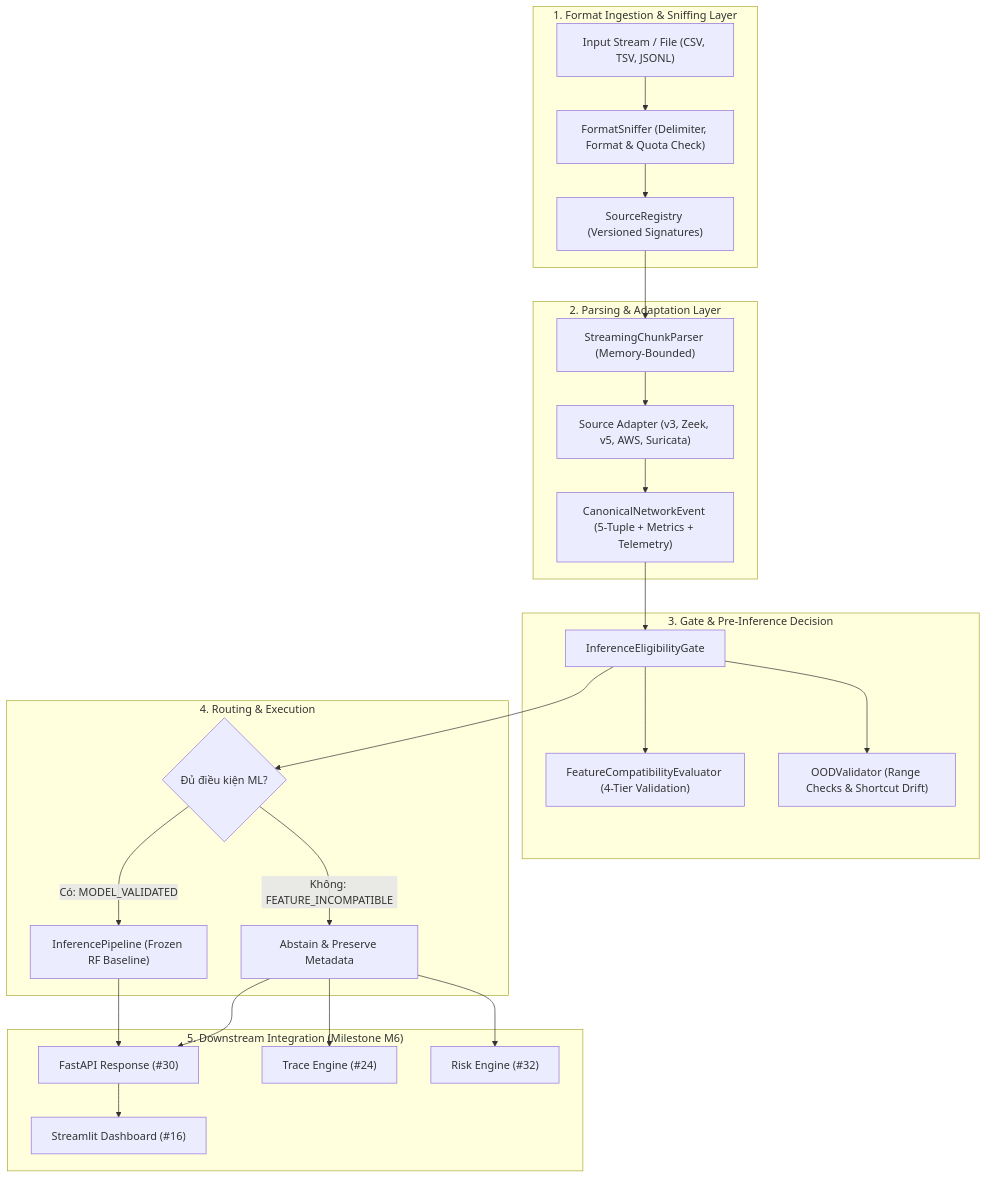
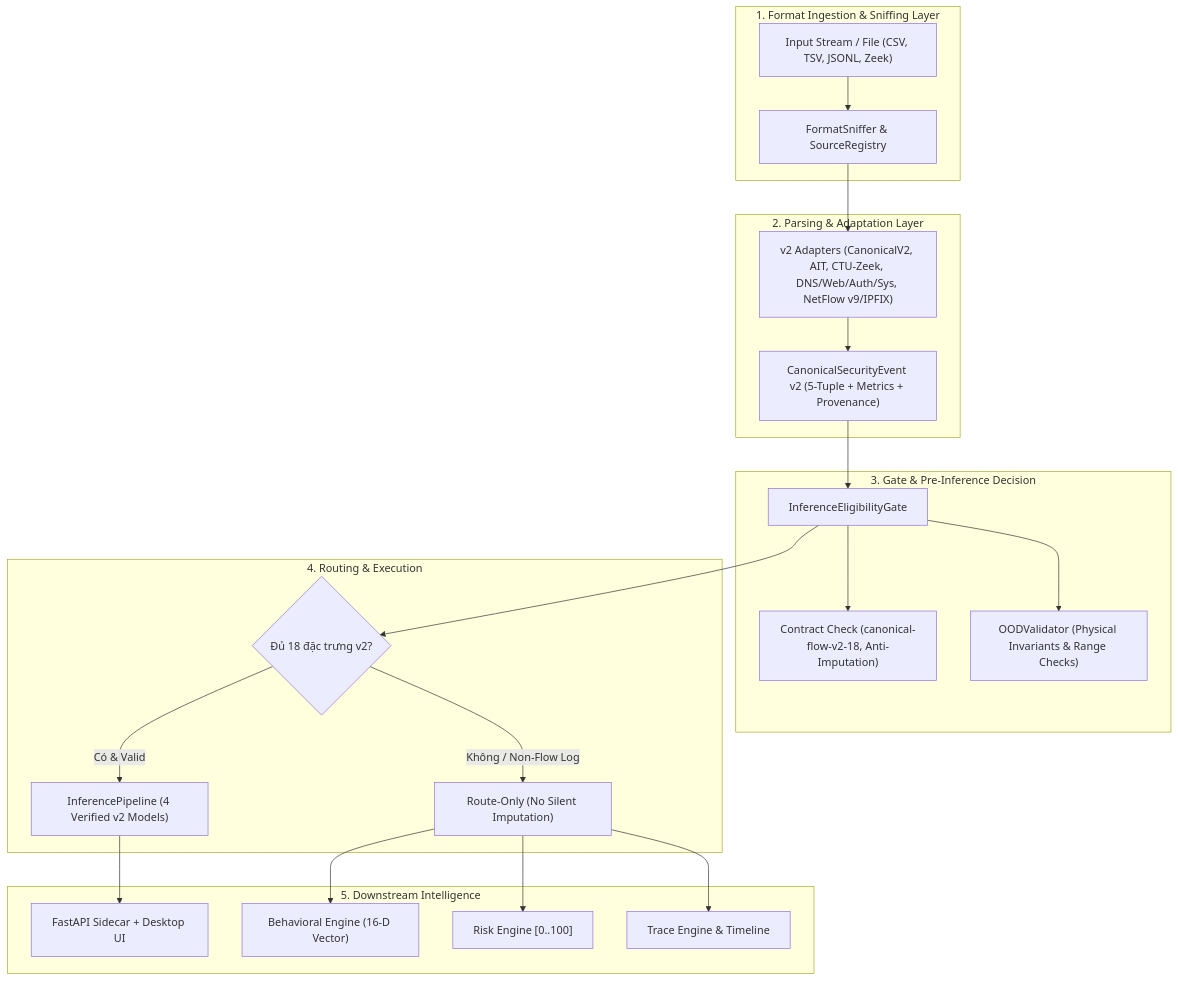
The diagram in docs/MULTI_SOURCE_INGESTION.md (doctor-cato/AI-NETWORK-ANOMALY-DETECTION-TRACEABILITY-MAIN), drawn with Mermaid before and after one commit. The commit also changed other lines of this file and 382 other files, not shown here.

````diff
--- a/docs/MULTI_SOURCE_INGESTION.md
+++ b/docs/MULTI_SOURCE_INGESTION.md
@@ -11,33 +11,30 @@
 ```mermaid
 flowchart TD
     subgraph Layer1 ["1. Format Ingestion & Sniffing Layer"]
-        Input["Input Stream / File (CSV, TSV, JSONL)"] --> Sniffer["FormatSniffer (Delimiter, Format & Quota Check)"]
-        Sniffer --> Registry["SourceRegistry (Versioned Signatures)"]
+        Input["Input Stream / File (CSV, TSV, JSONL, Zeek)"] --> Sniffer["FormatSniffer & SourceRegistry"]
     end
 
     subgraph Layer2 ["2. Parsing & Adaptation Layer"]
-        Registry --> Parser["StreamingChunkParser (Memory-Bounded)"]
-        Parser --> Adapter["Source Adapter (v3, Zeek, v5, AWS, Suricata)"]
-        Adapter --> Canonical["CanonicalNetworkEvent (5-Tuple + Metrics + Telemetry)"]
+        Sniffer --> Adapter["v2 Adapters (CanonicalV2, AIT, CTU-Zeek, DNS/Web/Auth/Sys, NetFlow v9/IPFIX)"]
+        Adapter --> Canonical["CanonicalSecurityEvent v2 (5-Tuple + Metrics + Provenance)"]
     end
 
     subgraph Layer3 ["3. Gate & Pre-Inference Decision"]
         Canonical --> Gate["InferenceEligibilityGate"]
-        Gate --> CompatEval["FeatureCompatibilityEvaluator (4-Tier Validation)"]
-        Gate --> OODCheck["OODValidator (Range Checks & Shortcut Drift)"]
+        Gate --> ContractCheck["Contract Check (canonical-flow-v2-18, Anti-Imputation)"]
+        Gate --> OODCheck["OODValidator (Physical Invariants & Range Checks)"]
     end
 
     subgraph Layer4 ["4. Routing & Execution"]
-        Gate --> Decision{"Đủ điều kiện ML?"}
-        Decision -->|Có: MODEL_VALIDATED| Inference["InferencePipeline (Frozen RF Baseline)"]
-        Decision -->|Không: FEATURE_INCOMPATIBLE| Abstain["Abstain & Preserve Metadata"]
+        Gate --> Decision{"Đủ 18 đặc trưng v2?"}
+        Decision -->|Có & Valid| Inference["InferencePipeline (4 Verified v2 Models)"]
+        Decision -->|Không / Non-Flow Log| RouteOnly["Route-Only (No Silent Imputation)"]
     end
 
-    subgraph Layer5 ["5. Downstream Integration (Milestone M6)"]
-        Inference --> API["FastAPI Response (#30)"]
-        Abstain --> API
-        API --> Dashboard["Streamlit Dashboard (#16)"]
-        Abstain --> Trace["Trace Engine (#24)"]
-        Abstain --> Risk["Risk Engine (#32)"]
+    subgraph Layer5 ["5. Downstream Intelligence"]
+        Inference --> API["FastAPI Sidecar + Desktop UI"]
+        RouteOnly --> Beh["Behavioral Engine (16-D Vector)"]
+        RouteOnly --> Risk["Risk Engine [0..100]"]
+        RouteOnly --> Trace["Trace Engine & Timeline"]
     end
 ```
````
